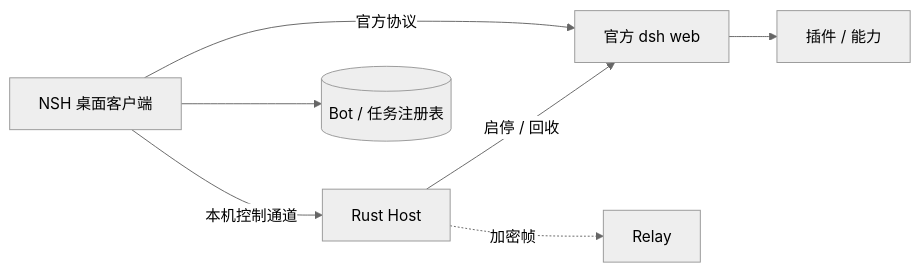
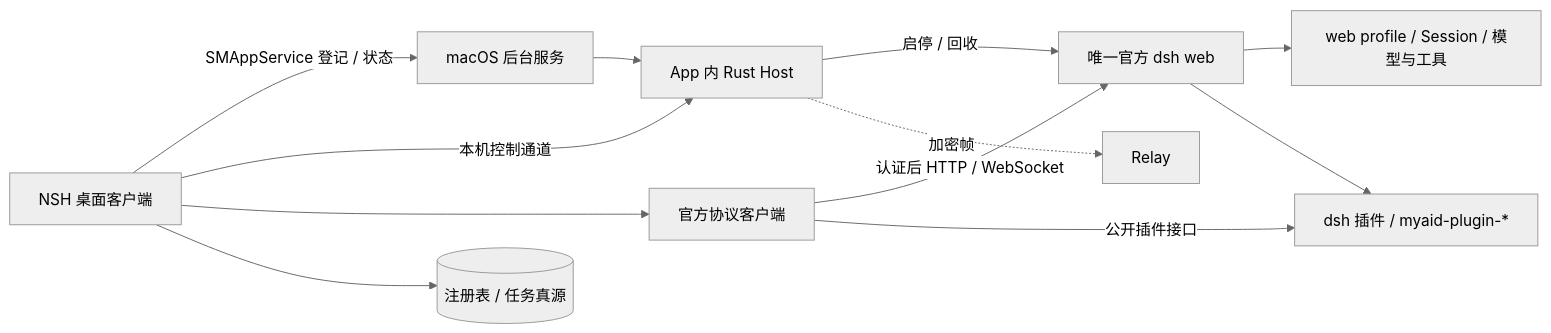
The diagram in docs/ARCHITECTURE.md (aningdev/MyAid), drawn with Mermaid (neutral theme) before and after one commit. The commit also changed other lines of this file and 31 other files, not shown here.

First line of the commit message:
docs: migrate DSH principles from dsh-bot into MyAid (#3)

````diff
--- a/docs/ARCHITECTURE.md
+++ b/docs/ARCHITECTURE.md
@@ -7,9 +7,14 @@
 ```mermaid
 flowchart LR
-    D[NSH 桌面客户端] -->|本机控制通道| H[Rust Host]
-    H -->|启停 / 回收| W[官方 dsh web]
-    D -->|官方协议| W
-    D --> B[(Bot / 任务注册表)]
-    W --> E[插件 / 能力]
+    D[NSH 桌面客户端] -->|SMAppService 登记 / 状态| L[macOS 后台服务]
+    L --> H[App 内 Rust Host]
+    H -->|启停 / 回收| W[唯一官方 dsh web]
+    W --> P[web profile / Session / 模型与工具]
+    D -->|本机控制通道| H
+    D --> C[官方协议客户端]
+    C -->|认证后 HTTP / WebSocket| W
+    D --> B[(注册表 / 任务真源)]
+    C -->|公开插件接口| E[dsh 插件 / myaid-plugin-*]
+    W --> E
     H -.->|加密帧| R[Relay]
 ```
````
